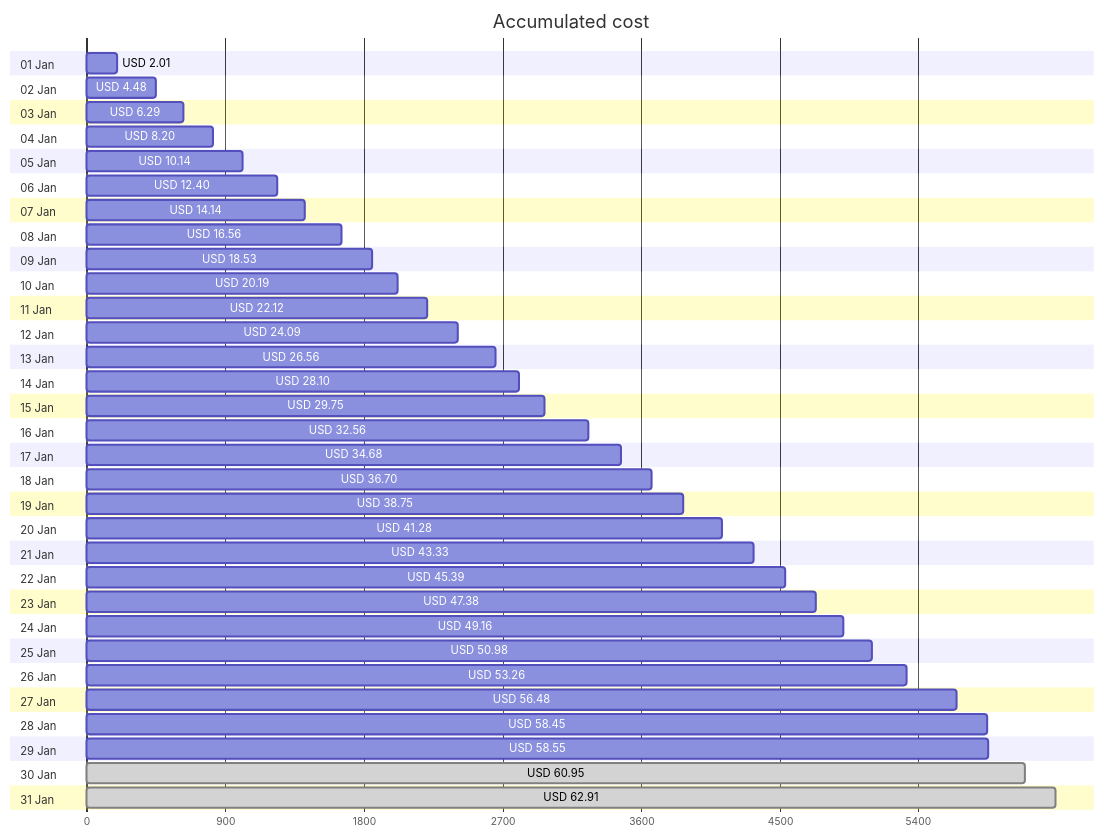
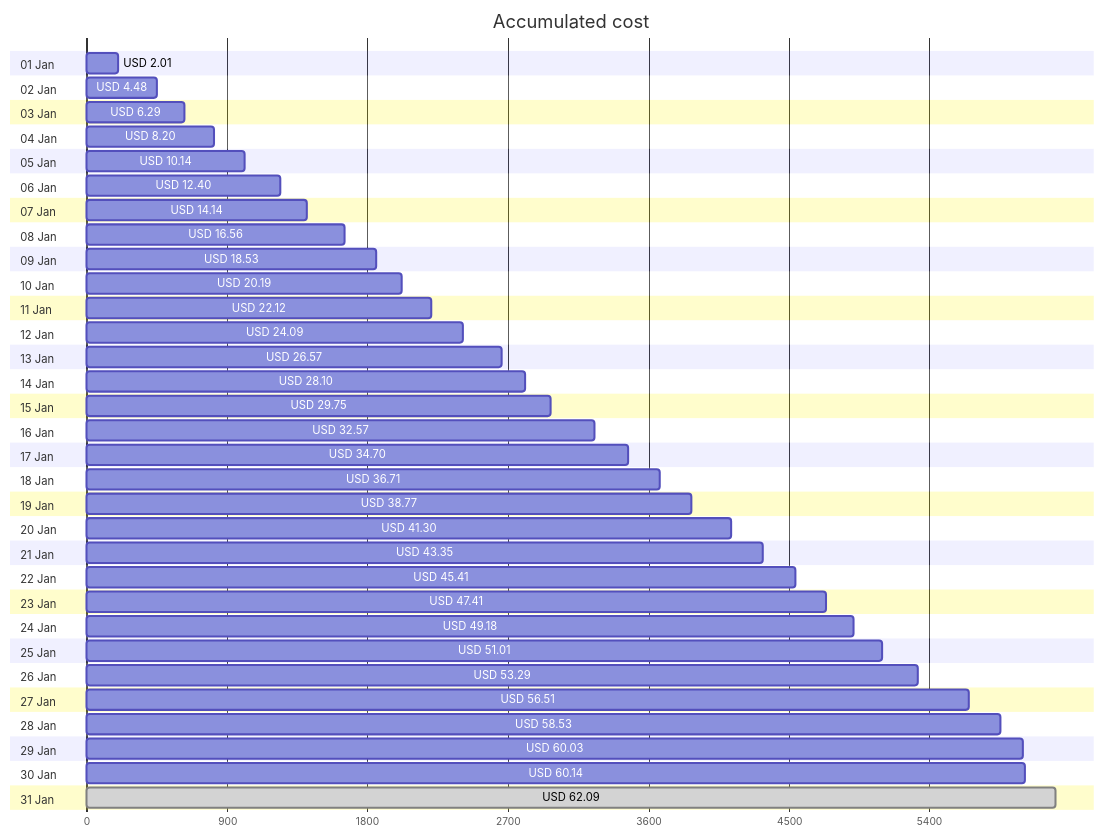
One commit to jpfulton/azure-personal-reports changed the first of 4 diagrams in cost-reports/personal-network/README.md. Above: the diagram before and after it, drawn with Mermaid. The commit also changed other lines of this file and 8 other files, not shown here.

````diff
--- a/cost-reports/personal-network/README.md
+++ b/cost-reports/personal-network/README.md
@@ -20,68 +20,68 @@
 ```mermaid
 gantt
    title Accumulated cost
    dateFormat  X
    axisFormat %s
    section 01 Jan
    USD 2.01 :0, 201
    section 02 Jan
    USD 4.48 :0, 448
    section 03 Jan
    USD 6.29 :0, 629
    section 04 Jan
    USD 8.20 :0, 820
    section 05 Jan
    USD 10.14 :0, 1014
    section 06 Jan
    USD 12.40 :0, 1240
    section 07 Jan
    USD 14.14 :0, 1414
    section 08 Jan
    USD 16.56 :0, 1656
    section 09 Jan
    USD 18.53 :0, 1853
    section 10 Jan
    USD 20.19 :0, 2019
    section 11 Jan
    USD 22.12 :0, 2212
    section 12 Jan
    USD 24.09 :0, 2409
    section 13 Jan
-   USD 26.56 :0, 2656
+   USD 26.57 :0, 2657
    section 14 Jan
    USD 28.10 :0, 2810
    section 15 Jan
    USD 29.75 :0, 2975
    section 16 Jan
-   USD 32.56 :0, 3256
+   USD 32.57 :0, 3257
    section 17 Jan
-   USD 34.68 :0, 3468
+   USD 34.70 :0, 3470
    section 18 Jan
-   USD 36.70 :0, 3670
+   USD 36.71 :0, 3671
    section 19 Jan
-   USD 38.75 :0, 3875
+   USD 38.77 :0, 3877
    section 20 Jan
-   USD 41.28 :0, 4128
+   USD 41.30 :0, 4130
    section 21 Jan
-   USD 43.33 :0, 4333
+   USD 43.35 :0, 4335
    section 22 Jan
-   USD 45.39 :0, 4539
+   USD 45.41 :0, 4541
    section 23 Jan
-   USD 47.38 :0, 4738
+   USD 47.41 :0, 4741
    section 24 Jan
-   USD 49.16 :0, 4916
+   USD 49.18 :0, 4918
    section 25 Jan
-   USD 50.98 :0, 5098
+   USD 51.01 :0, 5101
    section 26 Jan
-   USD 53.26 :0, 5326
+   USD 53.29 :0, 5329
    section 27 Jan
-   USD 56.48 :0, 5648
+   USD 56.51 :0, 5651
    section 28 Jan
-   USD 58.45 :0, 5845
+   USD 58.53 :0, 5853
    section 29 Jan
-   USD 58.55 :0, 5855
+   USD 60.03 :0, 6003
    section 30 Jan
-   USD 60.95 : done, 0, 6095
+   USD 60.14 :0, 6014
    section 31 Jan
-   USD 62.91 : done, 0, 6291
+   USD 62.09 : done, 0, 6209
 ```
````
